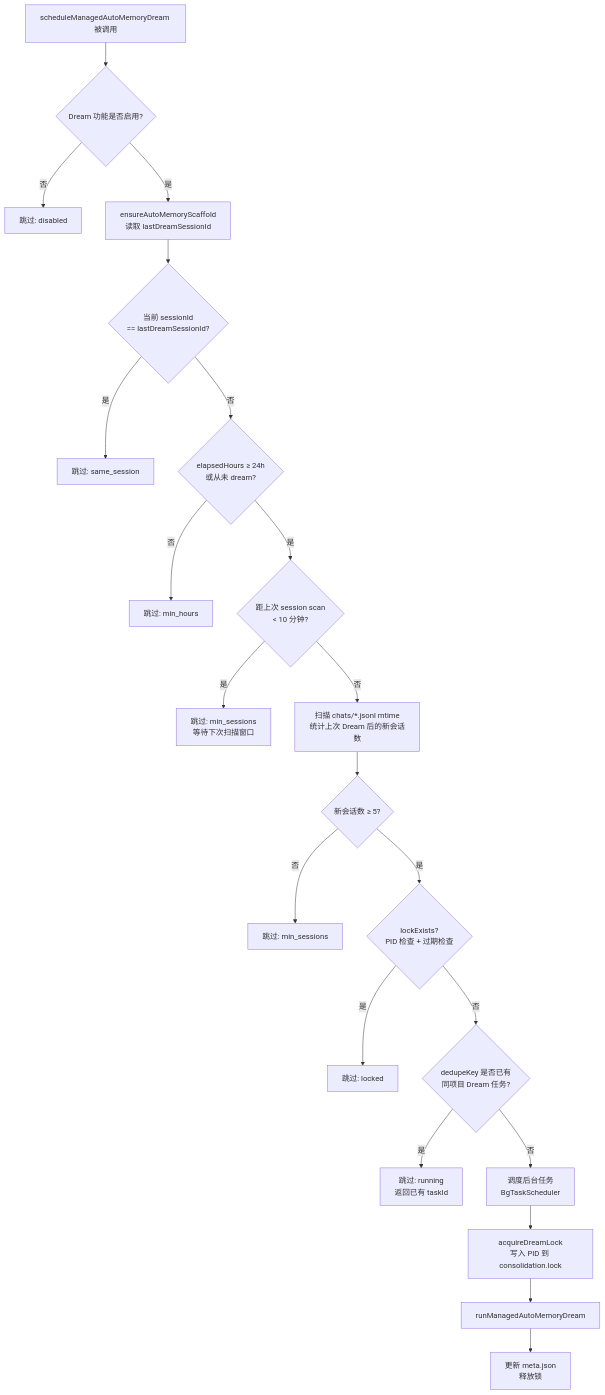
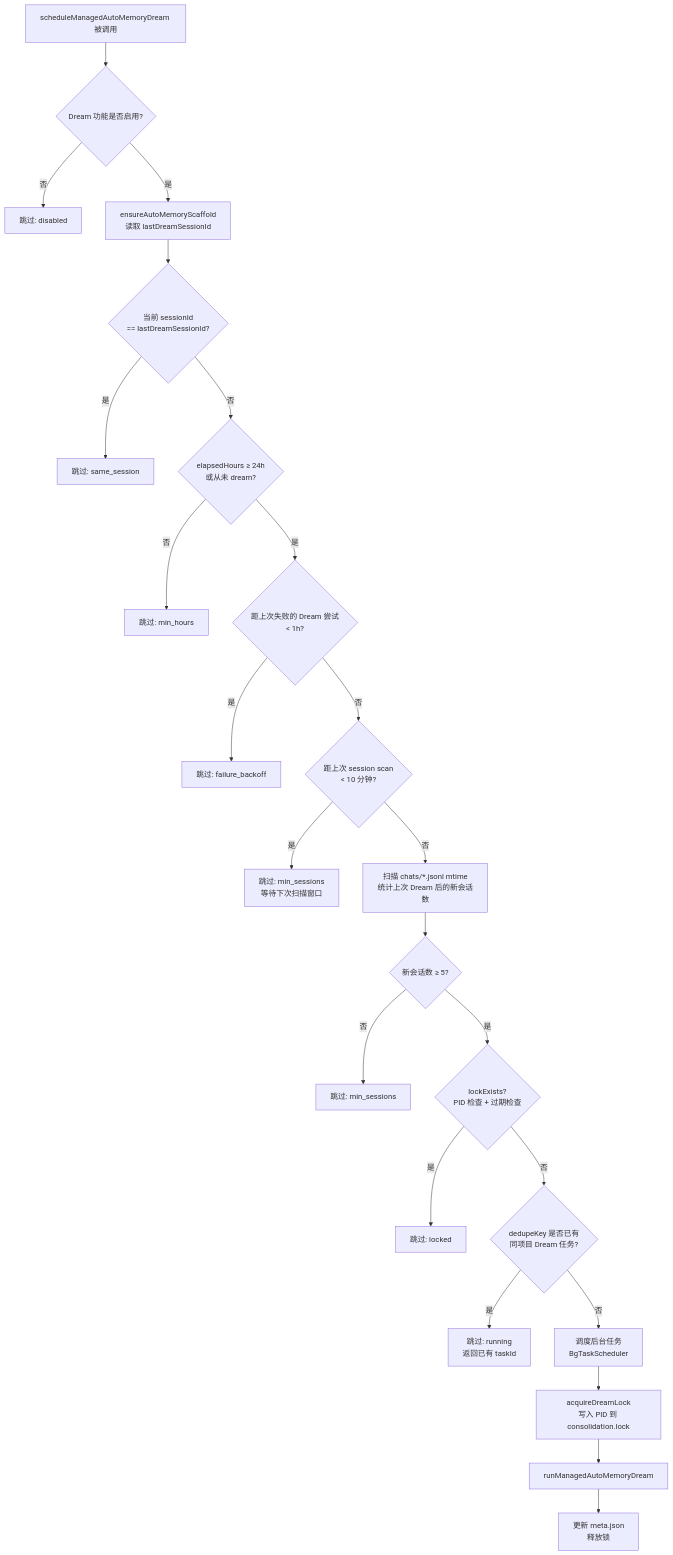
Before and after one commit to QwenLM/qwen-code: the fourth of 8 diagrams in docs/design/auto-memory/memory-system.md, drawn with Mermaid. The commit also changed other lines of this file, not shown here.

Commit message:
docs(memory): document the dream failure_backoff gate and constant

````diff
--- a/docs/design/auto-memory/memory-system.md
+++ b/docs/design/auto-memory/memory-system.md
@@ -267,23 +267,25 @@
 ```mermaid
 flowchart TD
     A[scheduleManagedAutoMemoryDream 被调用] --> B{Dream 功能是否启用?}
     B -- 否 --> C[跳过: disabled]
     B -- 是 --> D[ensureAutoMemoryScaffold\n读取 lastDreamSessionId]
     D --> E{当前 sessionId\n== lastDreamSessionId?}
     E -- 是 --> F[跳过: same_session]
     E -- 否 --> G{elapsedHours ≥ 24h\n或从未 dream?}
     G -- 否 --> H[跳过: min_hours]
-    G -- 是 --> I{距上次 session scan\n< 10 分钟?}
+    G -- 是 --> G2{距上次失败的 Dream 尝试\n< 1h?}
+    G2 -- 是 --> G3[跳过: failure_backoff]
+    G2 -- 否 --> I{距上次 session scan\n< 10 分钟?}
     I -- 是 --> J[跳过: min_sessions\n等待下次扫描窗口]
     I -- 否 --> K[扫描 chats/*.jsonl mtime\n统计上次 Dream 后的新会话数]
     K --> L{新会话数 ≥ 5?}
     L -- 否 --> M[跳过: min_sessions]
     L -- 是 --> N{lockExists?\nPID 检查 + 过期检查}
     N -- 是 --> O[跳过: locked]
     N -- 否 --> P{dedupeKey 是否已有\n同项目 Dream 任务?}
     P -- 是 --> Q[跳过: running\n返回已有 taskId]
     P -- 否 --> R[调度后台任务\nBgTaskScheduler]
     R --> S[acquireDreamLock\n写入 PID 到 consolidation.lock]
     S --> T[runManagedAutoMemoryDream]
     T --> U[更新 meta.json\n释放锁]
 ```
````
